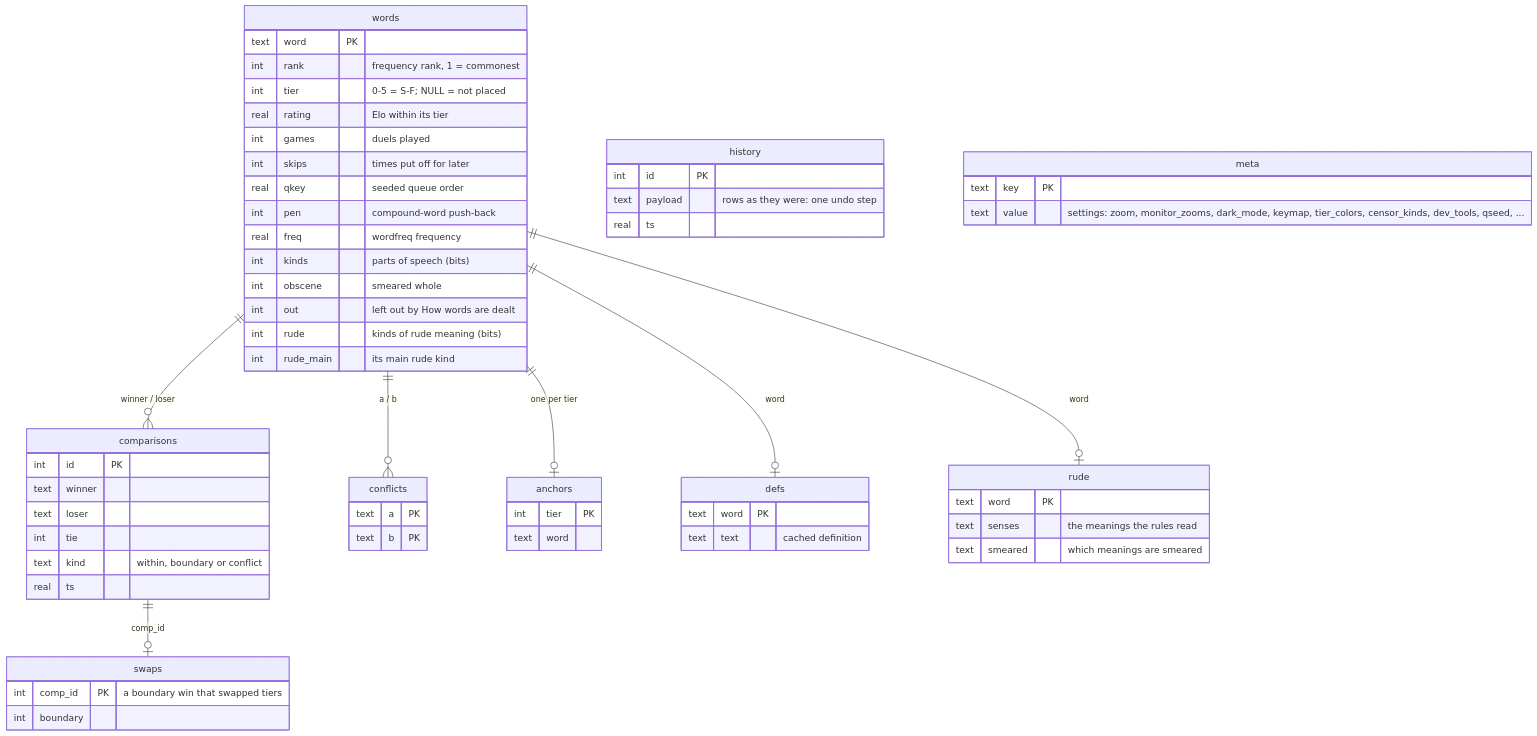
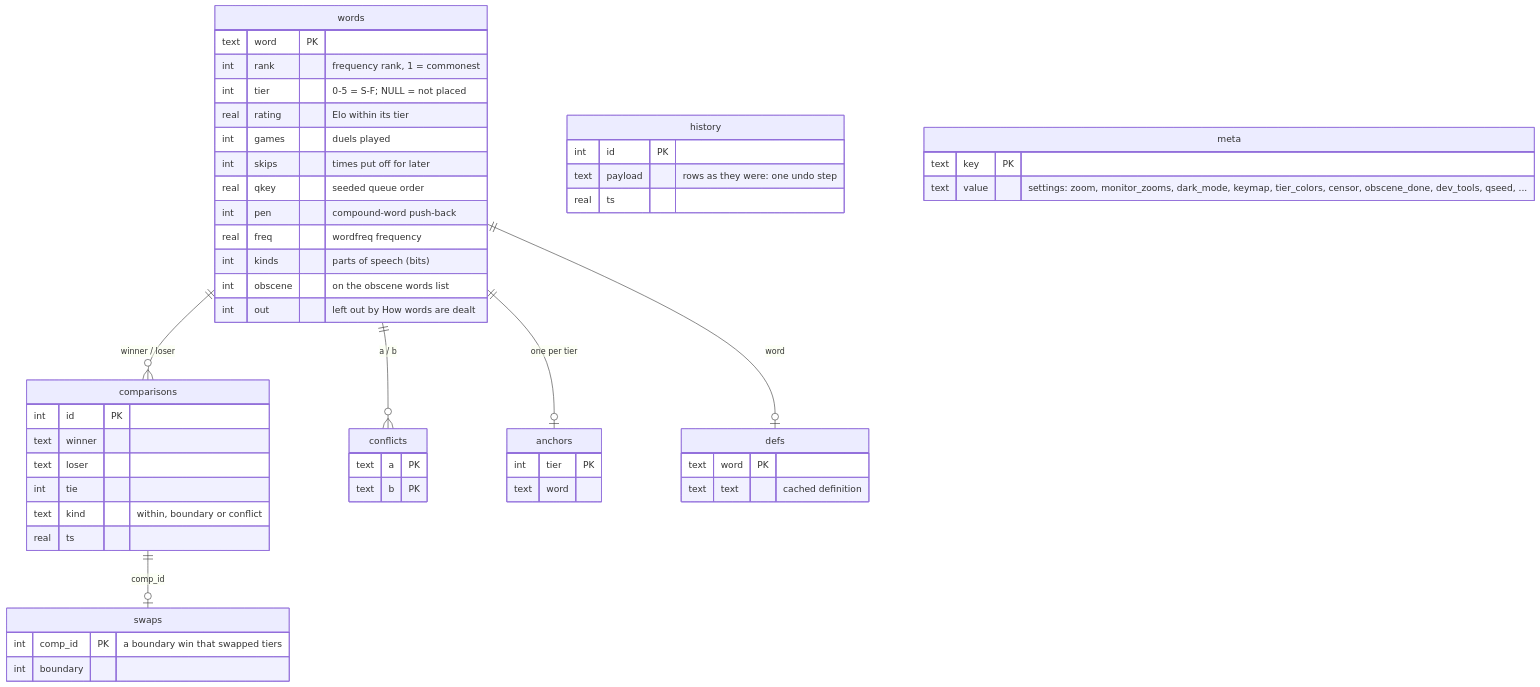
One commit to kiva-mccr/Word-Tierlister changed the sixth of 11 diagrams in DEVELOPERS.md. Above: the diagram before and after it, drawn with Mermaid. The commit also changed other lines of this file and 82 other files, not shown here.

First line of the commit message:
OB-14: obscene words from one published list, rules archived

````diff
--- a/DEVELOPERS.md
+++ b/DEVELOPERS.md
@@ -246,63 +241,55 @@
 ```mermaid
 erDiagram
     words {
         text word PK
         int rank "frequency rank, 1 = commonest"
         int tier "0-5 = S-F; NULL = not placed"
         real rating "Elo within its tier"
         int games "duels played"
         int skips "times put off for later"
         real qkey "seeded queue order"
         int pen "compound-word push-back"
         real freq "wordfreq frequency"
         int kinds "parts of speech (bits)"
-        int obscene "smeared whole"
+        int obscene "on the obscene words list"
         int out "left out by How words are dealt"
-        int rude "kinds of rude meaning (bits)"
-        int rude_main "its main rude kind"
     }
     comparisons {
         int id PK
         text winner
         text loser
         int tie
         text kind "within, boundary or conflict"
         real ts
     }
     conflicts {
         text a PK
         text b PK
     }
     swaps {
         int comp_id PK "a boundary win that swapped tiers"
         int boundary
     }
     anchors {
         int tier PK
         text word
     }
     defs {
         text word PK
         text text "cached definition"
     }
-    rude {
-        text word PK
-        text senses "the meanings the rules read"
-        text smeared "which meanings are smeared"
-    }
     history {
         int id PK
         text payload "rows as they were: one undo step"
         real ts
     }
     meta {
         text key PK
-        text value "settings: zoom, monitor_zooms, dark_mode, keymap, tier_colors, censor_kinds, dev_tools, qseed, ..."
+        text value "settings: zoom, monitor_zooms, dark_mode, keymap, tier_colors, censor, obscene_done, dev_tools, qseed, ..."
     }
     words ||--o{ comparisons : "winner / loser"
     words ||--o{ conflicts : "a / b"
     comparisons ||--o| swaps : "comp_id"
     words ||--o| anchors : "one per tier"
     words ||--o| defs : "word"
-    words ||--o| rude : "word"
 ```
````
